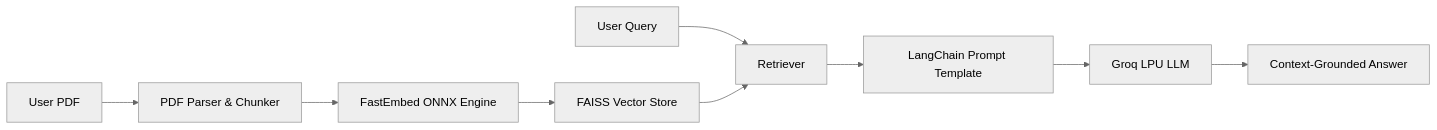
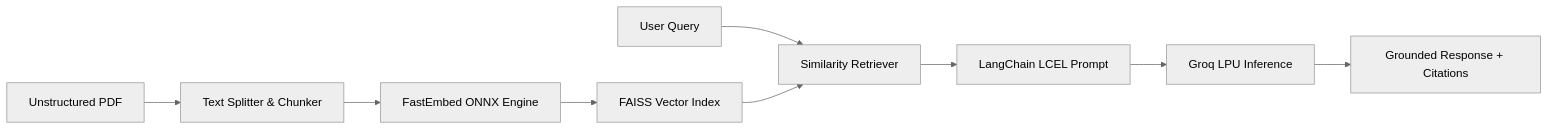
One commit to Ajmal2507/AI_document_chatbot changed the diagram in README.md. Above: the diagram before and after it, drawn with Mermaid (neutral theme). The commit also changed other lines of this file and 9 other files, not shown here.

````diff
--- a/README.md
+++ b/README.md
@@ -26,12 +27,12 @@
 ```mermaid
 flowchart LR
-    A[User PDF] --> B[PDF Parser & Chunker]
+    A[Unstructured PDF] --> B[Text Splitter & Chunker]
     B --> C[FastEmbed ONNX Engine]
-    C --> D[FAISS Vector Store]
+    C --> D[FAISS Vector Index]
     
-    E[User Query] --> F[Retriever]
+    E[User Query] --> F[Similarity Retriever]
     D --> F
-    F --> G[LangChain Prompt Template]
-    G --> H[Groq LPU LLM]
-    H --> I[Context-Grounded Answer]
+    F --> G[LangChain LCEL Prompt]
+    G --> H[Groq LPU Inference]
+    H --> I[Grounded Response + Citations]
 ```
````
